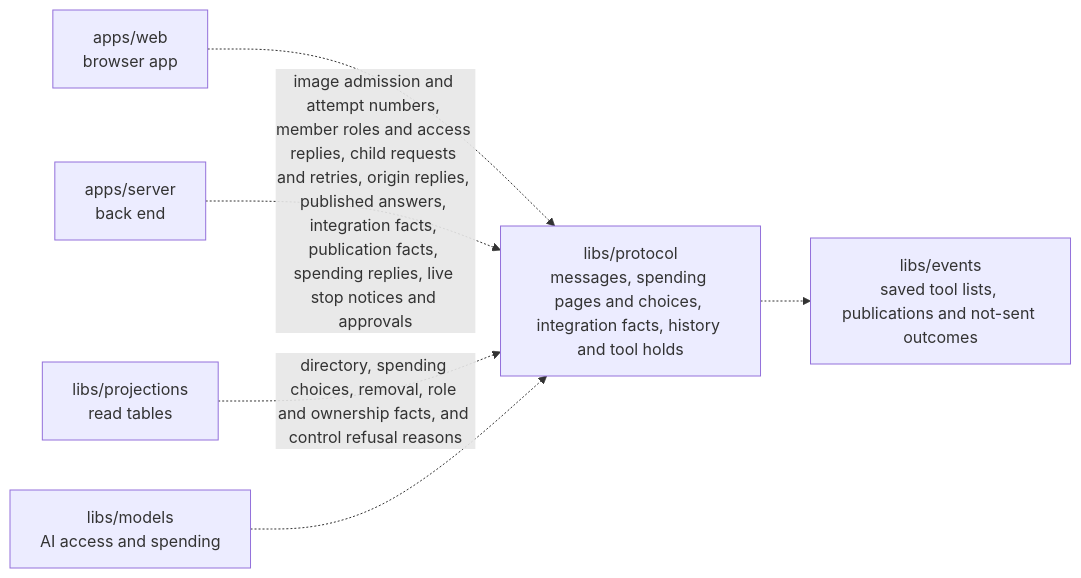
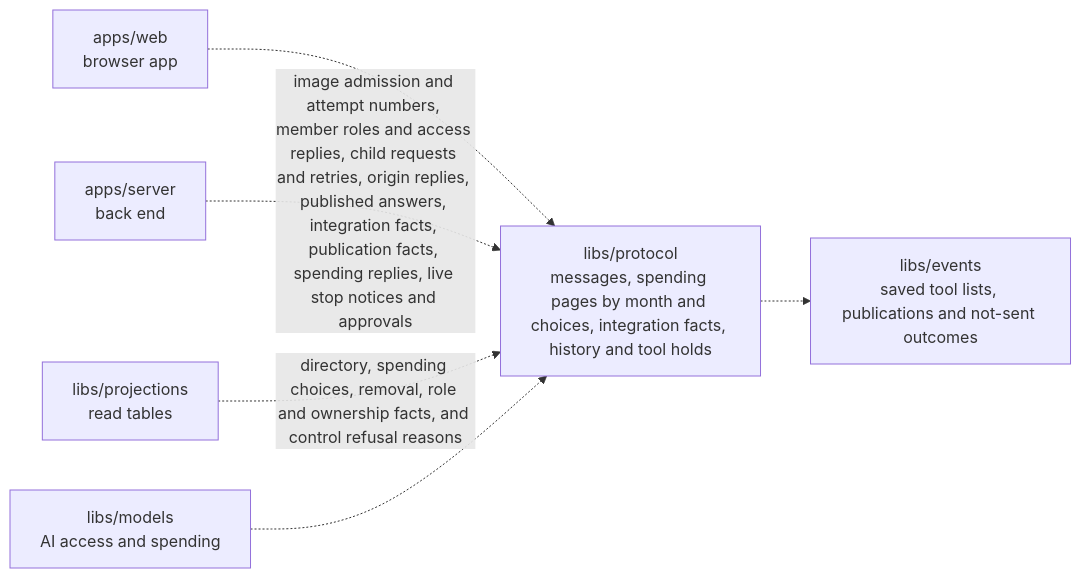
Before and after one commit to elewa-git/opencrane-new: the diagram in libs/protocol/README.md, drawn with Mermaid. The commit also changed other lines of this file and 12 other files, not shown here.

Commit message:
📅 Filter spending calls by their original UTC month

````diff
--- a/libs/protocol/README.md
+++ b/libs/protocol/README.md
@@ -18,8 +18,8 @@
 ```mermaid
 flowchart LR
-  web["apps/web<br/>browser app"] -.-> protocol["libs/protocol<br/>messages, spending pages and choices, integration facts, history and tool holds"]
+  web["apps/web<br/>browser app"] -.-> protocol["libs/protocol<br/>messages, spending pages by month and choices, integration facts, history and tool holds"]
   server["apps/server<br/>back end"] -.->|image admission and attempt numbers, member roles and access replies, child requests and retries, origin replies, published answers, integration facts, publication facts, spending replies, live stop notices and approvals| protocol
   projections["libs/projections<br/>read tables"] -.->|directory, spending choices, removal, role and ownership facts, and control refusal reasons| protocol
   models["libs/models<br/>AI access and spending"] -.-> protocol
   protocol -.-> events["libs/events<br/>saved tool lists, publications and not-sent outcomes"]
 ```
````
